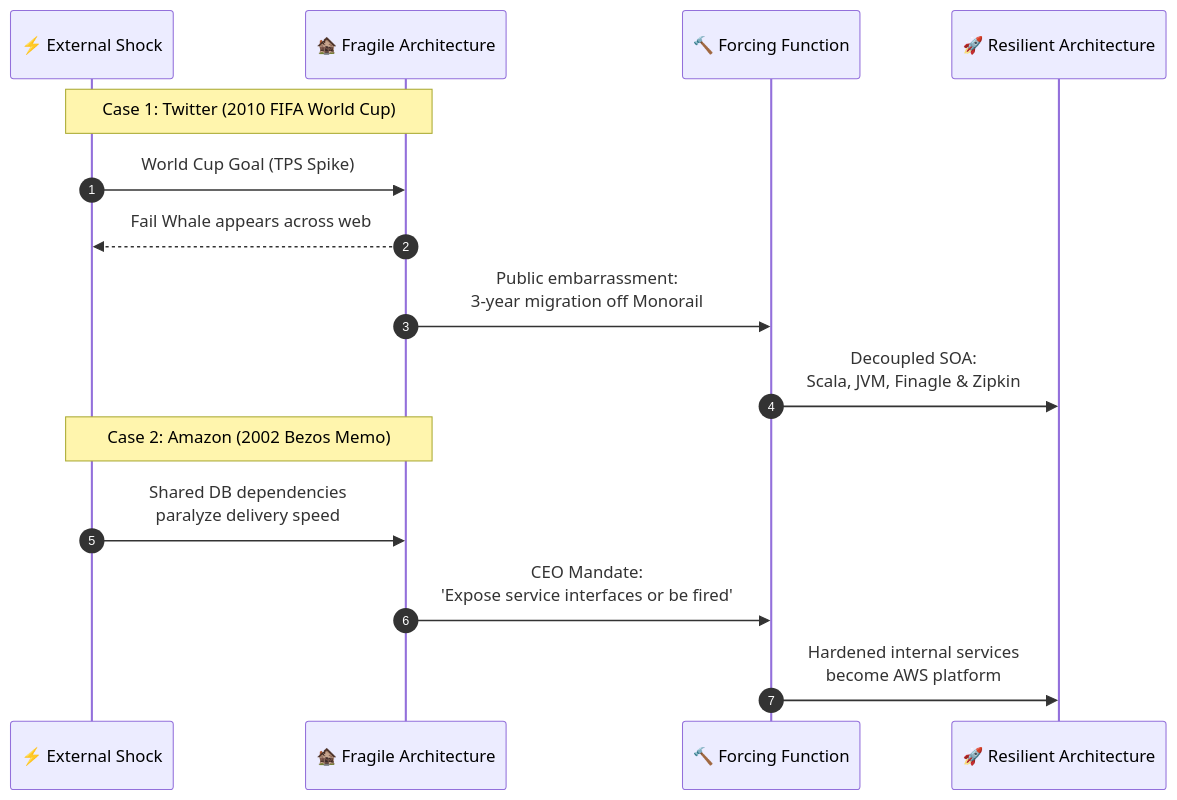
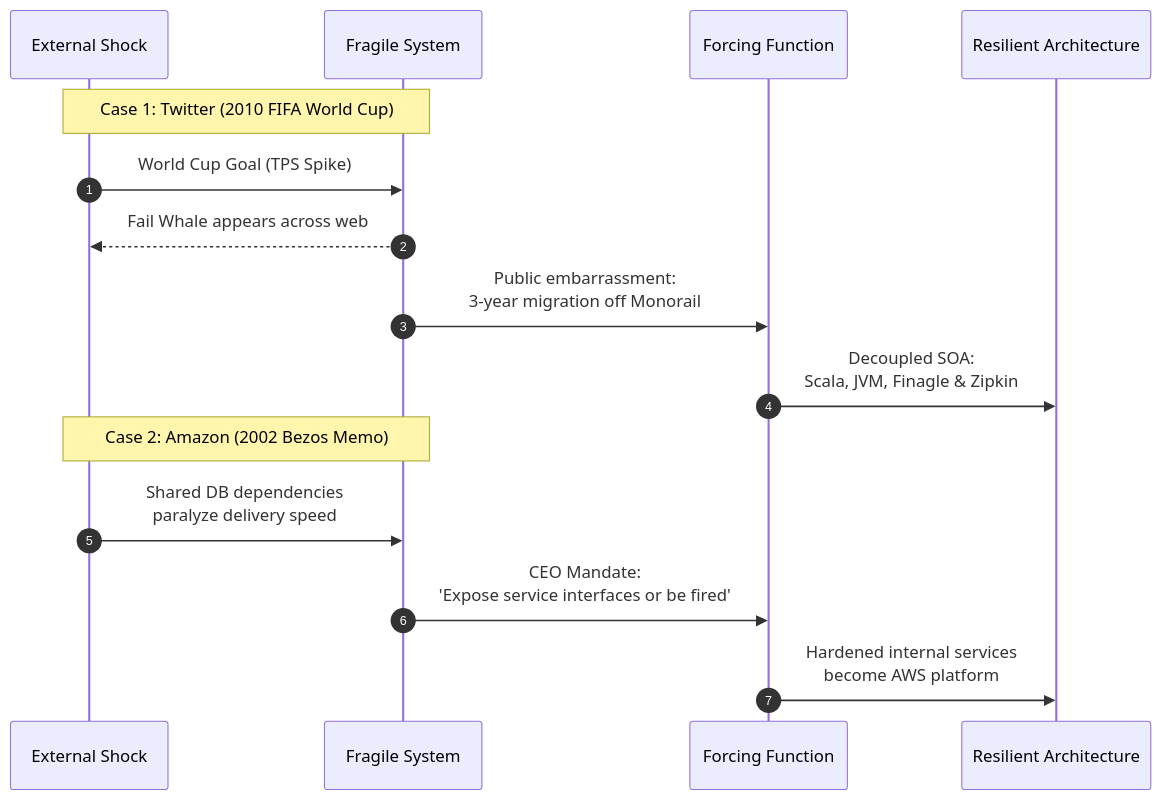
Before and after one commit to Dustu103/system-design: the sixth of 9 diagrams in 01-filestructure/articles/01-your-folder-structure-is-a-message.md, drawn with Mermaid. The commit also changed other lines of this file and 1 other file, not shown here.

````diff
--- a/01-filestructure/articles/01-your-folder-structure-is-a-message.md
+++ b/01-filestructure/articles/01-your-folder-structure-is-a-message.md
@@ -188,19 +188,19 @@
 ```mermaid
 sequenceDiagram
     autonumber
-    participant Event as ⚡ External Shock
-    participant System as 🏚️ Fragile Architecture
-    participant Action as 🔨 Forcing Function
-    participant Future as 🚀 Resilient Architecture
+    participant Event as External Shock
+    participant System as Fragile System
+    participant Action as Forcing Function
+    participant Future as Resilient Architecture
 
     Note over Event,System: Case 1: Twitter (2010 FIFA World Cup)
     Event->>System: World Cup Goal (TPS Spike)
     System-->>Event: Fail Whale appears across web
     System->>Action: Public embarrassment:<br/>3-year migration off Monorail
     Action->>Future: Decoupled SOA:<br/>Scala, JVM, Finagle & Zipkin
 
     Note over Event,System: Case 2: Amazon (2002 Bezos Memo)
     Event->>System: Shared DB dependencies<br/>paralyze delivery speed
     System->>Action: CEO Mandate:<br/>'Expose service interfaces or be fired'
     Action->>Future: Hardened internal services<br/>become AWS platform
 ```
````
